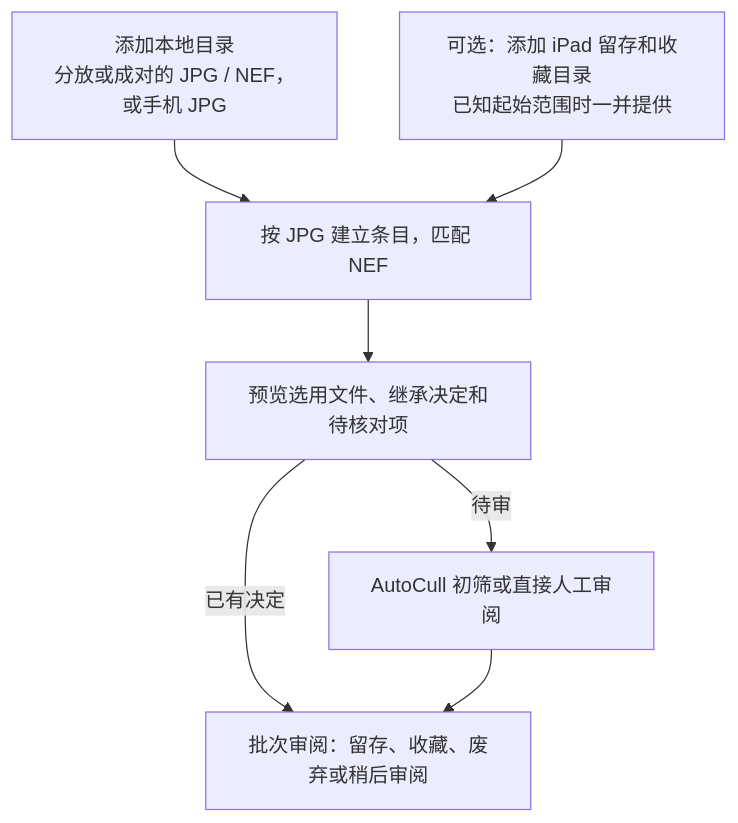
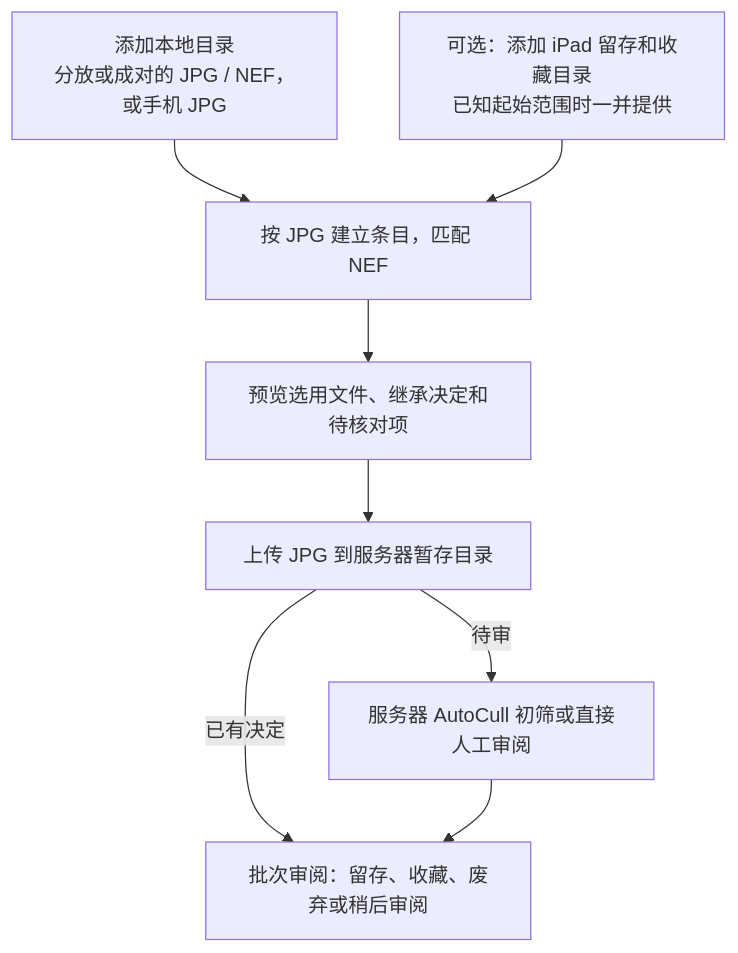
Before and after one commit to pancake-lee/photo-agent: the first of 4 diagrams in docs/design-docs/2026-11-13-1-autocull-import-design.md, drawn with Mermaid. The commit also changed other lines of this file and 23 other files, not shown here.

````diff
--- a/docs/design-docs/2026-11-13-1-autocull-import-design.md
+++ b/docs/design-docs/2026-11-13-1-autocull-import-design.md
@@ -14,9 +14,10 @@
 ```mermaid
 flowchart TD
     A["添加本地目录<br/>分放或成对的 JPG / NEF，或手机 JPG"] --> B["按 JPG 建立条目，匹配 NEF"]
     I["可选：添加 iPad 留存和收藏目录<br/>已知起始范围时一并提供"] --> B
     B --> C["预览选用文件、继承决定和待核对项"]
-    C -->|待审| D["AutoCull 初筛或直接人工审阅"]
-    C -->|已有决定| E["批次审阅：留存、收藏、废弃或稍后审阅"]
+    C --> T["上传 JPG 到服务器暂存目录"]
+    T -->|待审| D["服务器 AutoCull 初筛或直接人工审阅"]
+    T -->|已有决定| E["批次审阅：留存、收藏、废弃或稍后审阅"]
     D --> E
 ```
````
